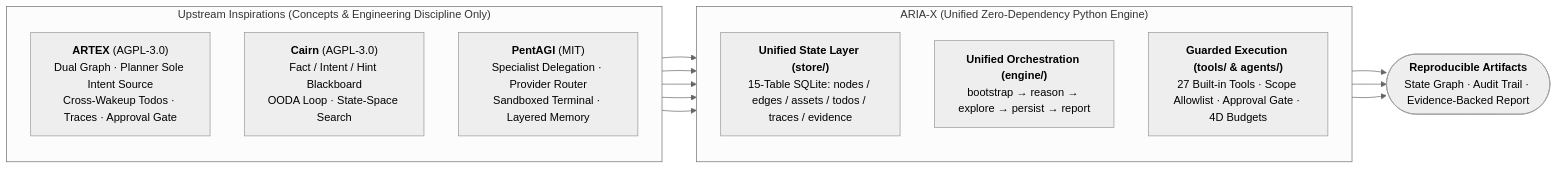
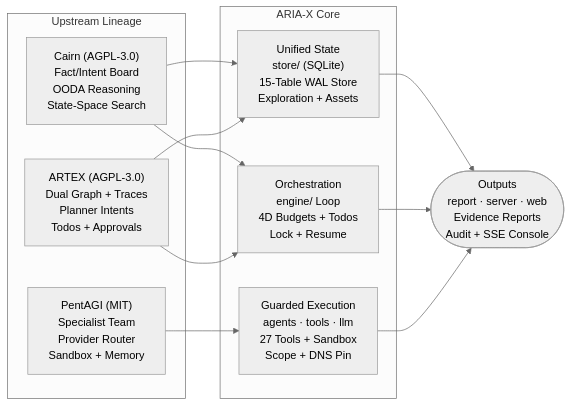
One commit to 01NGVI-QINGYI/ARIA-X changed the first of 2 diagrams in README.en.md. Above: the diagram before and after it, drawn with Mermaid (neutral theme). The commit also changed other lines of this file and 4 other files, not shown here.

First line of the commit message:
docs: align architecture diagrams across the three READMEs

````diff
--- a/README.en.md
+++ b/README.en.md
@@ -53,20 +55,25 @@
 ```mermaid
 flowchart LR
-    subgraph UP["Upstream Inspirations (Concepts & Engineering Discipline Only)"]
-        direction TB
-        A["<b>ARTEX</b> (AGPL-3.0)<br/>Dual Graph · Planner Sole Intent Source<br/>Cross-Wakeup Todos · Traces · Approval Gate"]
-        C["<b>Cairn</b> (AGPL-3.0)<br/>Fact / Intent / Hint Blackboard<br/>OODA Loop · State-Space Search"]
-        P["<b>PentAGI</b> (MIT)<br/>Specialist Delegation · Provider Router<br/>Sandboxed Terminal · Layered Memory"]
+    subgraph UP["Upstream Lineage"]
+        C["Cairn (AGPL-3.0)<br/>Fact/Intent Board<br/>OODA Reasoning<br/>State-Space Search"]
+        A["ARTEX (AGPL-3.0)<br/>Dual Graph + Traces<br/>Planner Intents<br/>Todos + Approvals"]
+        P["PentAGI (MIT)<br/>Specialist Team<br/>Provider Router<br/>Sandbox + Memory"]
     end
 
-    subgraph CORE["ARIA-X (Unified Zero-Dependency Python Engine)"]
-        direction TB
-        ST["<b>Unified State Layer (store/)</b><br/>15-Table SQLite: nodes / edges / assets / todos / traces / evidence"]
-        OR["<b>Unified Orchestration (engine/)</b><br/>bootstrap → reason → explore → persist → report"]
-        EX["<b>Guarded Execution (tools/ & agents/)</b><br/>27 Built-in Tools · Scope Allowlist · Approval Gate · 4D Budgets"]
+    subgraph CORE["ARIA-X Core"]
+        ST["Unified State<br/>store/ (SQLite)<br/>15-Table WAL Store<br/>Exploration + Assets"]
+        OR["Orchestration<br/>engine/ Loop<br/>4D Budgets + Todos<br/>Lock + Resume"]
+        EX["Guarded Execution<br/>agents · tools · llm<br/>27 Tools + Sandbox<br/>Scope + DNS Pin"]
     end
 
-    A & C --> ST & OR
+    OUT(["Outputs<br/>report · server · web<br/>Evidence Reports<br/>Audit + SSE Console"])
+
+    C --> ST
+    C --> OR
+    A --> ST
+    A --> OR
     P --> EX
-    ST & OR & EX --> OUT(["<b>Reproducible Artifacts</b><br/>State Graph · Audit Trail · Evidence-Backed Report"])
+    ST --> OUT
+    OR --> OUT
+    EX --> OUT
 ```
````
